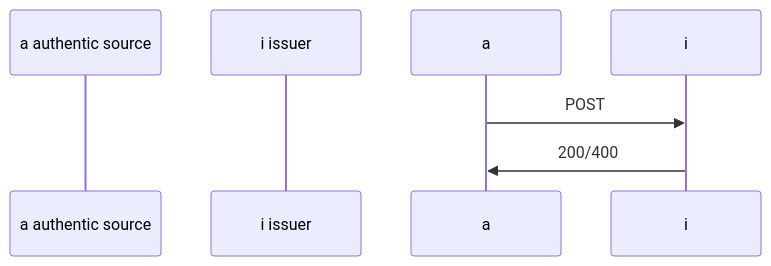
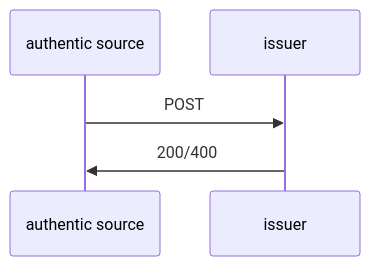
Before and after one commit to dc4eu/vc: the eighth of 8 diagrams in standards/apiv21.md, drawn with Mermaid. The commit also changed other lines of this file, not shown here.

````diff
--- a/standards/apiv21.md
+++ b/standards/apiv21.md
@@ -428,7 +418,5 @@
 ```mermaid
 sequenceDiagram;
-    participant a authentic source;
-    participant i issuer;
-    a->>i: POST;
-    i->>a: 200/400;
+    authentic source->>issuer: POST;
+    issuer->>authentic source: 200/400;
 ```
````
